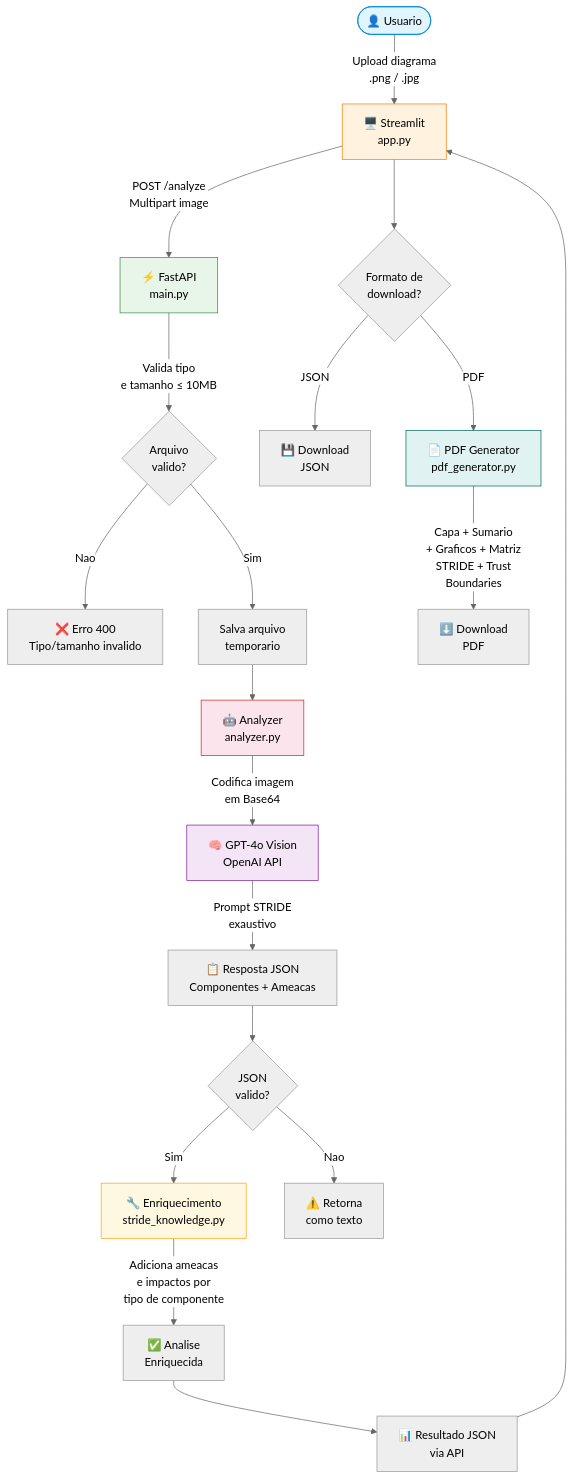
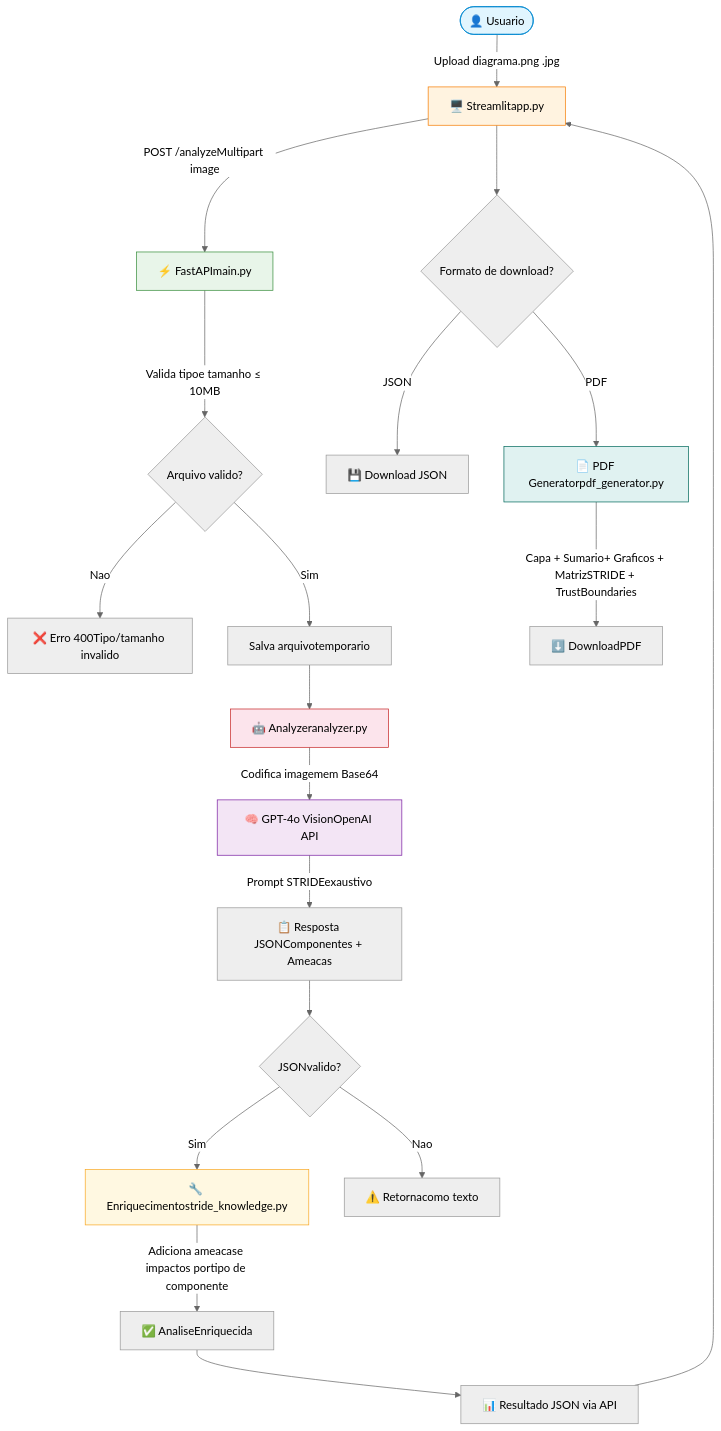
Before and after one commit to Mavsousa30/Hackathon_fase5: the diagram in README.md, drawn with Mermaid (neutral theme).

Commit message:
ajustes no readme

````diff
--- a/README.md
+++ b/README.md
@@ -46,29 +46,29 @@
 ```mermaid
 flowchart TD
-    A([👤 Usuario]) -->|Upload diagrama\n.png / .jpg| B[🖥️ Streamlit\napp.py]
-    B -->|POST /analyze\nMultipart image| C[⚡ FastAPI\nmain.py]
-    C -->|Valida tipo\ne tamanho ≤ 10MB| D{Arquivo\nvalido?}
-    D -->|Nao| E[❌ Erro 400\nTipo/tamanho invalido]
-    D -->|Sim| F[Salva arquivo\ntemporario]
-    F --> G[🤖 Analyzer\nanalyzer.py]
-    G -->|Codifica imagem\nem Base64| H[🧠 GPT-4o Vision\nOpenAI API]
-    H -->|Prompt STRIDE\nexaustivo| I[📋 Resposta JSON\nComponentes + Ameacas]
-    I --> J{JSON\nvalido?}
-    J -->|Sim| K[🔧 Enriquecimento\nstride_knowledge.py]
-    J -->|Nao| L[⚠️ Retorna\ncomo texto]
-    K -->|Adiciona ameacas\ne impactos por\ntipo de componente| M[✅ Analise\nEnriquecida]
-    M --> N[📊 Resultado JSON\nvia API]
+    A([👤 Usuario]) -->|Upload diagrama.png .jpg| B[🖥️ Streamlitapp.py]
+    B -->|POST /analyzeMultipart image| C[⚡ FastAPImain.py]
+    C -->|Valida tipoe tamanho ≤ 10MB| D{Arquivo valido?}
+    D -->|Nao| E[❌ Erro 400Tipo/tamanho invalido]
+    D -->|Sim| F[Salva arquivotemporario]
+    F --> G[🤖 Analyzeranalyzer.py]
+    G -->|Codifica imagemem Base64| H[🧠 GPT-4o VisionOpenAI API]
+    H -->|Prompt STRIDEexaustivo| I[📋 Resposta JSONComponentes + Ameacas]
+    I --> J{JSONvalido?}  
+    J -->|Sim| K[🔧 Enriquecimentostride_knowledge.py]
+    J -->|Nao| L[⚠️ Retornacomo texto]
+    K -->|Adiciona ameacase impactos portipo de componente| M[✅ AnaliseEnriquecida]
+    M --> N[📊 Resultado JSON via API]
     N --> B
-    B --> O{Formato de\ndownload?}
-    O -->|JSON| P[💾 Download\nJSON]
-    O -->|PDF| Q[📄 PDF Generator\npdf_generator.py]
-    Q -->|Capa + Sumario\n+ Graficos + Matriz\nSTRIDE + Trust\nBoundaries| R[⬇️ Download\nPDF]
+    B --> O{Formato de download?}
+    O -->|JSON| P[💾 Download JSON]
+    O -->|PDF| Q[📄 PDF Generatorpdf_generator.py]
+    Q -->|Capa + Sumario+ Graficos + MatrizSTRIDE + TrustBoundaries| R[⬇️ DownloadPDF]
 
     style A fill:#e1f5fe,stroke:#0288d1
     style B fill:#fff3e0,stroke:#f57c00
     style C fill:#e8f5e9,stroke:#388e3c
     style G fill:#fce4ec,stroke:#c62828
     style H fill:#f3e5f5,stroke:#7b1fa2
     style K fill:#fff8e1,stroke:#f9a825
     style Q fill:#e0f2f1,stroke:#00695c
 ```
````
